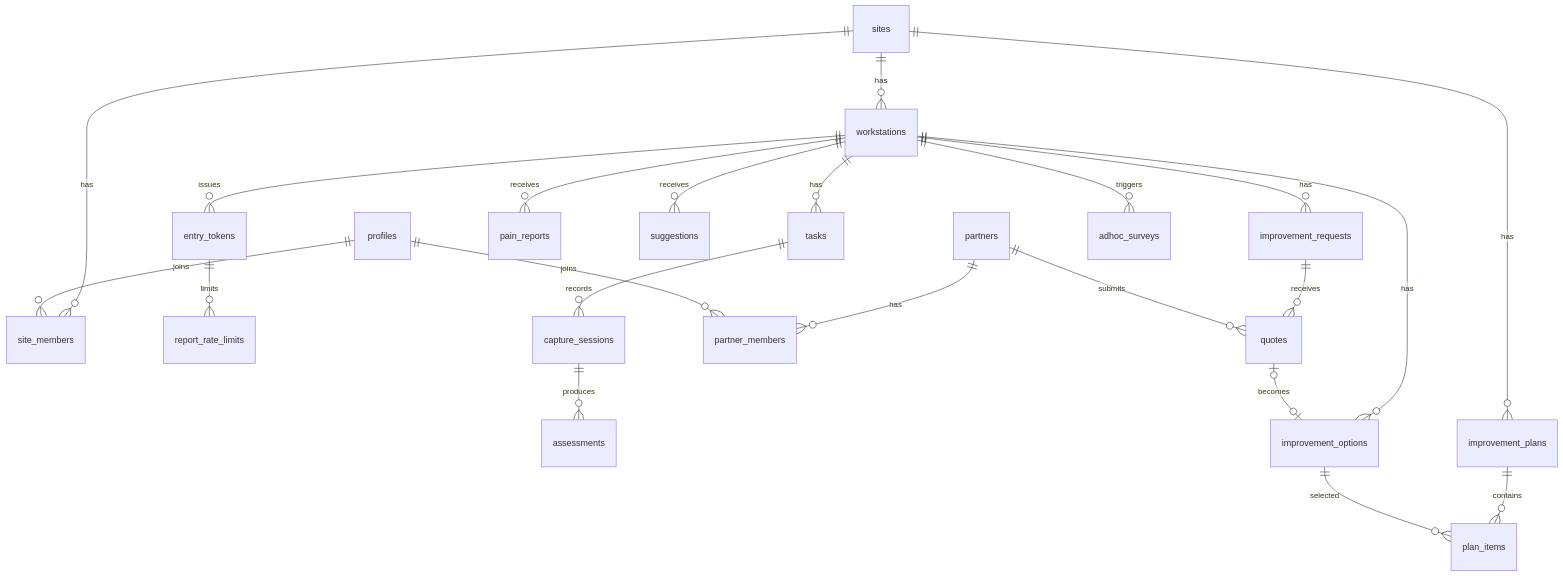
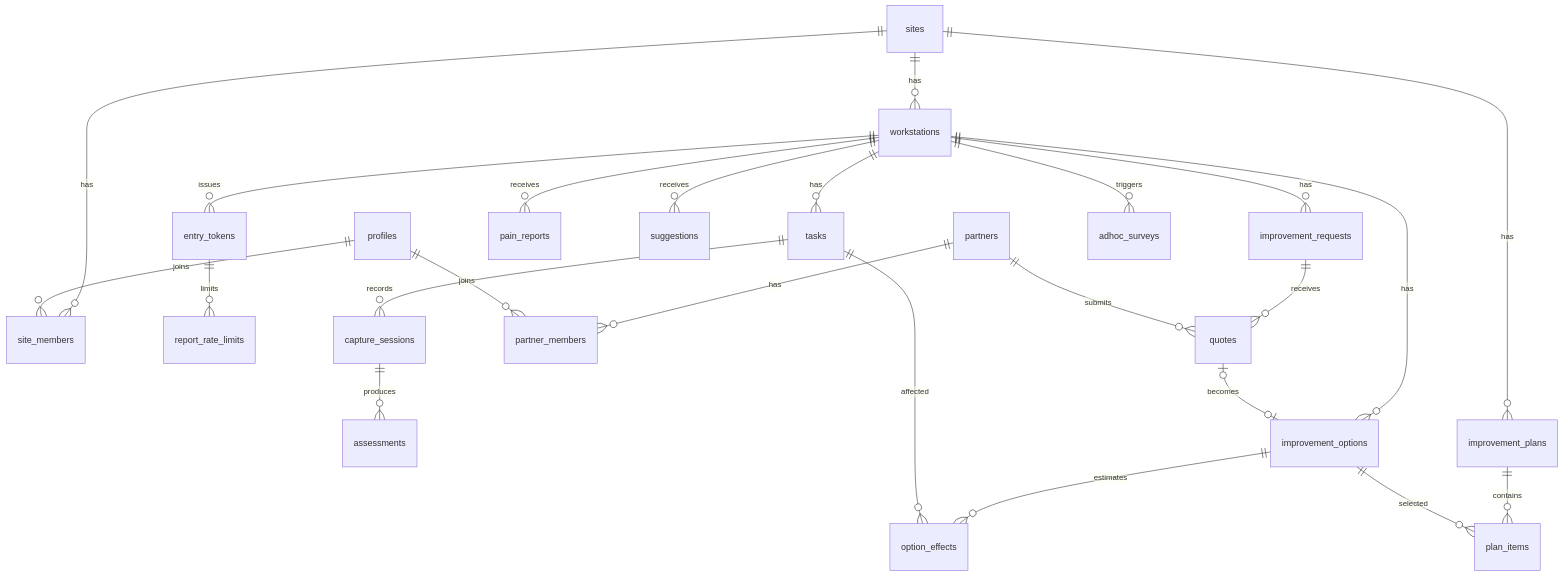
Before and after one commit to m2nwo079/deullim: the diagram in docs/data-model.md, drawn with Mermaid. The commit also changed other lines of this file, not shown here.

Commit message:
docs(db): add task inputs and option effects for optimization

````diff
--- a/docs/data-model.md
+++ b/docs/data-model.md
@@ -13,24 +13,26 @@
 ```mermaid
 erDiagram
     sites ||--o{ workstations : has
     workstations ||--o{ tasks : has
     sites ||--o{ site_members : has
     profiles ||--o{ site_members : joins
     workstations ||--o{ entry_tokens : issues
     entry_tokens ||--o{ report_rate_limits : limits
     tasks ||--o{ capture_sessions : records
     capture_sessions ||--o{ assessments : produces
     workstations ||--o{ pain_reports : receives
     workstations ||--o{ suggestions : receives
     workstations ||--o{ improvement_options : has
+    improvement_options ||--o{ option_effects : estimates
+    tasks ||--o{ option_effects : affected
     workstations ||--o{ improvement_requests : has
     partners ||--o{ partner_members : has
     profiles ||--o{ partner_members : joins
     improvement_requests ||--o{ quotes : receives
     partners ||--o{ quotes : submits
     quotes |o--o| improvement_options : becomes
     sites ||--o{ improvement_plans : has
     improvement_plans ||--o{ plan_items : contains
     improvement_options ||--o{ plan_items : selected
     workstations ||--o{ adhoc_surveys : triggers
 ```
````
